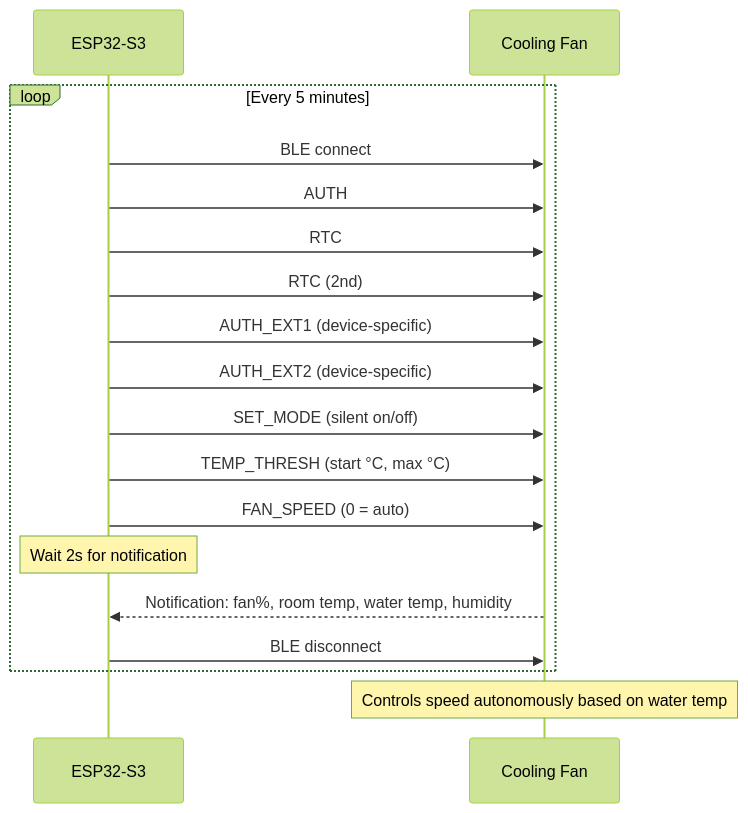
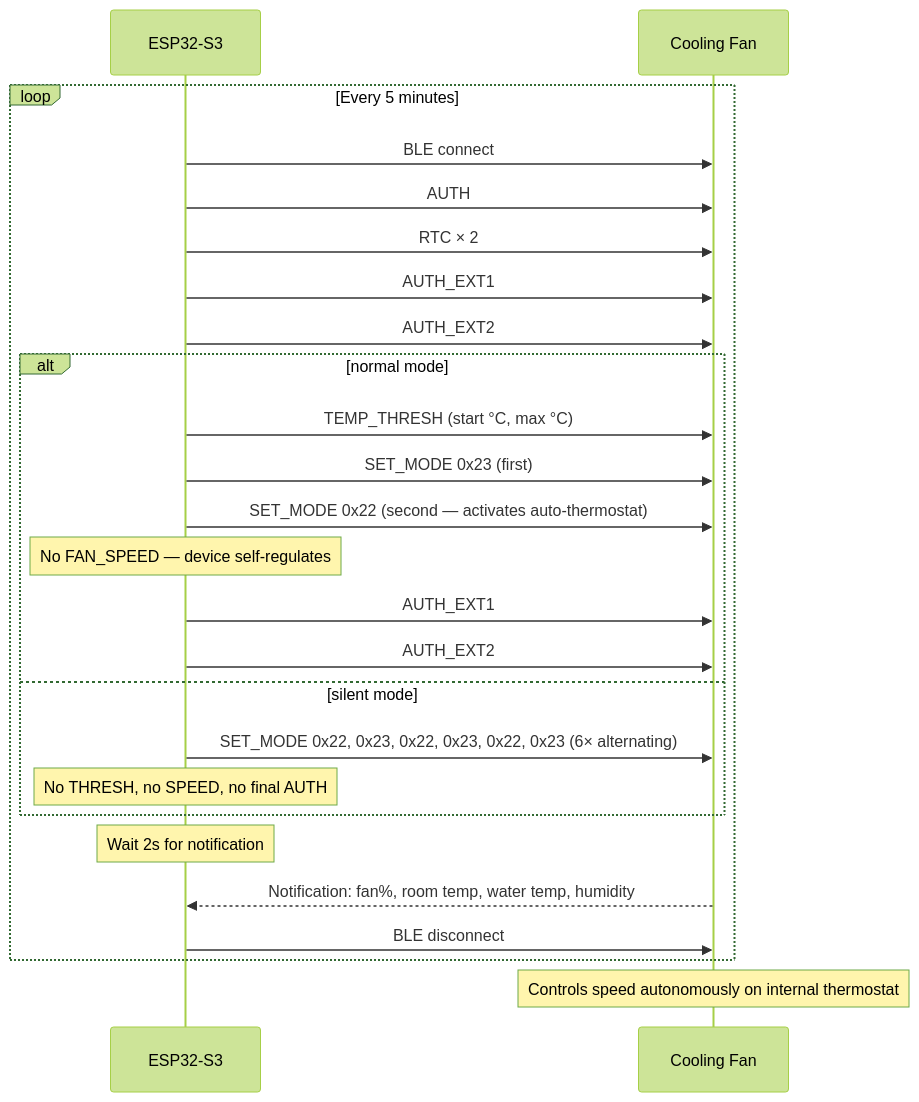
The fifth of 9 diagrams in README.md (BartdeJonge/chihiros-esphome), drawn with Mermaid (forest theme) before and after one commit. The commit also changed other lines of this file and 3 other files, not shown here.

First line of the commit message:
fix(ventilator): watertemp uint16, correct mode-volgorde, auto-modus

````diff
--- a/README.md
+++ b/README.md
@@ -443,21 +447,28 @@
 ```mermaid
 sequenceDiagram
     participant ESP as ESP32-S3
     participant FAN as Cooling Fan
 
     loop Every 5 minutes
         ESP->>FAN: BLE connect
         ESP->>FAN: AUTH
-        ESP->>FAN: RTC
-        ESP->>FAN: RTC (2nd)
-        ESP->>FAN: AUTH_EXT1 (device-specific)
-        ESP->>FAN: AUTH_EXT2 (device-specific)
-        ESP->>FAN: SET_MODE (silent on/off)
-        ESP->>FAN: TEMP_THRESH (start °C, max °C)
-        ESP->>FAN: FAN_SPEED (0 = auto)
+        ESP->>FAN: RTC × 2
+        ESP->>FAN: AUTH_EXT1
+        ESP->>FAN: AUTH_EXT2
+        alt normal mode
+            ESP->>FAN: TEMP_THRESH (start °C, max °C)
+            ESP->>FAN: SET_MODE 0x23 (first)
+            ESP->>FAN: SET_MODE 0x22 (second — activates auto-thermostat)
+            Note over ESP: No FAN_SPEED — device self-regulates
+            ESP->>FAN: AUTH_EXT1
+            ESP->>FAN: AUTH_EXT2
+        else silent mode
+            ESP->>FAN: SET_MODE 0x22, 0x23, 0x22, 0x23, 0x22, 0x23 (6× alternating)
+            Note over ESP: No THRESH, no SPEED, no final AUTH
+        end
         Note over ESP: Wait 2s for notification
         FAN-->>ESP: Notification: fan%, room temp, water temp, humidity
         ESP->>FAN: BLE disconnect
     end
-    Note over FAN: Controls speed autonomously based on water temp
+    Note over FAN: Controls speed autonomously on internal thermostat
 ```
````
